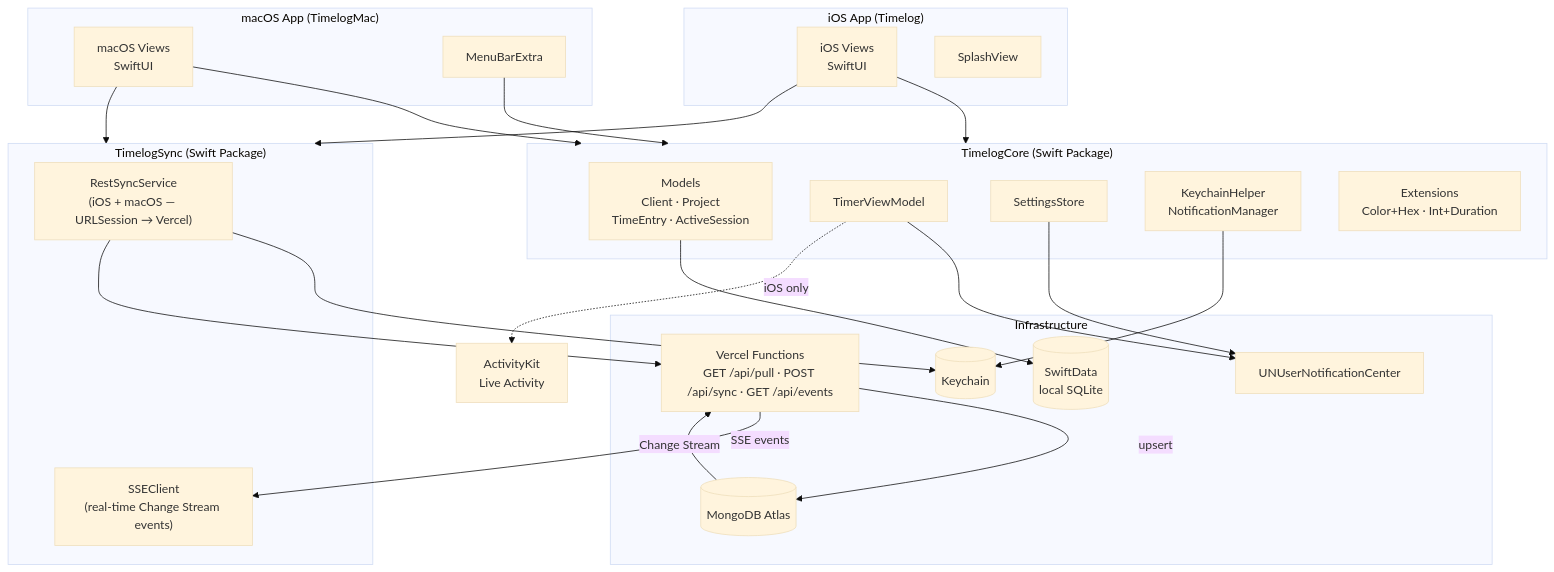
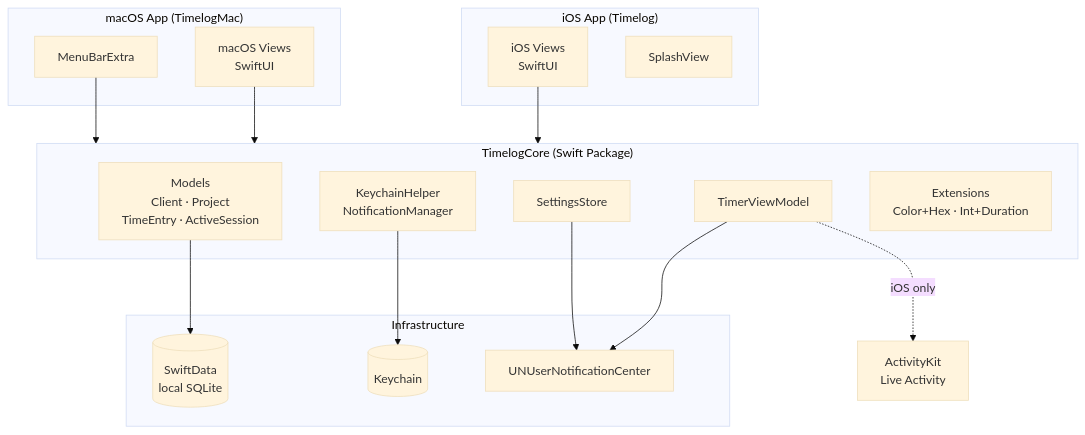
Before and after one commit to AlbertoBarrago/Timelog: the diagram in docs/01-architecture.md, drawn with Mermaid (base theme). The commit also changed other lines of this file and 63 other files, not shown here.

````diff
--- a/docs/01-architecture.md
+++ b/docs/01-architecture.md
@@ -27,51 +21,36 @@
 ```mermaid
 graph TD
     subgraph iOS["iOS App (Timelog)"]
         iViews["iOS Views\nSwiftUI"]
         iSplash["SplashView"]
     end
 
     subgraph macOS["macOS App (TimelogMac)"]
         mViews["macOS Views\nSwiftUI"]
         mMenu["MenuBarExtra"]
     end
 
     subgraph Core["TimelogCore (Swift Package)"]
         Models["Models\nClient · Project\nTimeEntry · ActiveSession"]
         VM["TimerViewModel"]
         Store["SettingsStore"]
         Helpers["KeychainHelper\nNotificationManager"]
         Ext["Extensions\nColor+Hex · Int+Duration"]
     end
 
-    subgraph Sync["TimelogSync (Swift Package)"]
-        RestSvc["RestSyncService\n(iOS + macOS — URLSession → Vercel)"]
-        SSESvc["SSEClient\n(real-time Change Stream events)"]
-    end
-
     subgraph Infra["Infrastructure"]
         SD[("SwiftData\nlocal SQLite")]
         KCH[("Keychain")]
         UNS["UNUserNotificationCenter"]
-        MDB[("MongoDB Atlas")]
-        VCL["Vercel Functions\nGET /api/pull · POST /api/sync · GET /api/events"]
     end
 
     iViews --> Core
-    iViews --> Sync
     mViews --> Core
-    mViews --> Sync
     mMenu --> Core
 
     VM --> UNS
     VM -.->|"iOS only"| LiveActivity["ActivityKit\nLive Activity"]
     Store --> UNS
     Helpers --> KCH
     Models --> SD
-
-    RestSvc --> KCH
-    RestSvc --> VCL
-    VCL -->|"upsert"| MDB
-    VCL -->|"SSE events"| SSESvc
-    MDB -->|"Change Stream"| VCL
 ```
````
